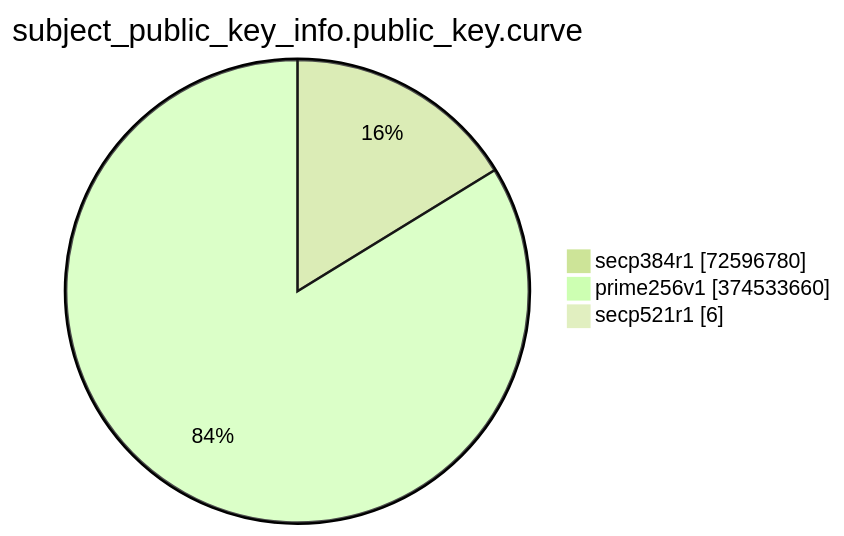
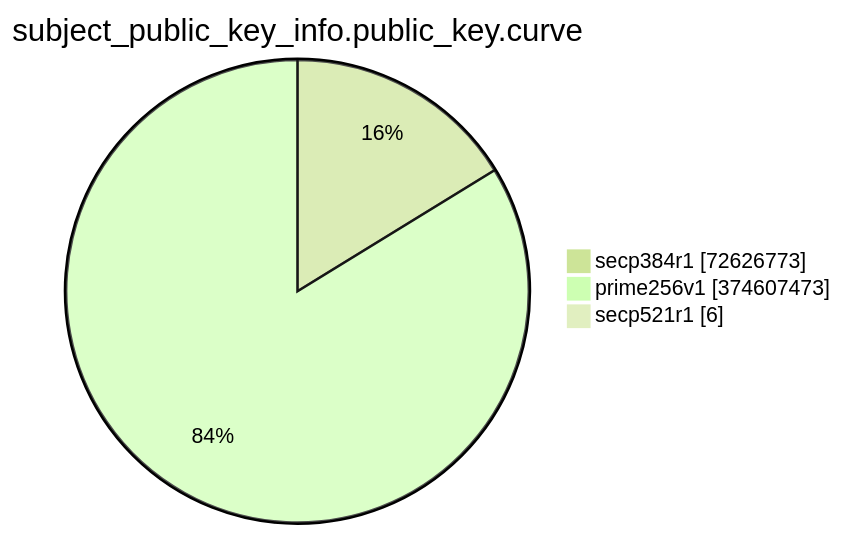
Before and after one commit to christiankrug/ctmonitor_visualization: the eighth of 15 diagrams in TOTAL/README.md, drawn with Mermaid (forest theme). The commit also changed other lines of this file, not shown here.

````diff
--- a/TOTAL/README.md
+++ b/TOTAL/README.md
@@ -3094,7 +3094,7 @@
 ```mermaid
 pie showData
 title subject_public_key_info.public_key.curve
-"secp384r1" :72596780
-"prime256v1" :374533660
+"secp384r1" :72626773
+"prime256v1" :374607473
 "secp521r1" :6
 ```
````
